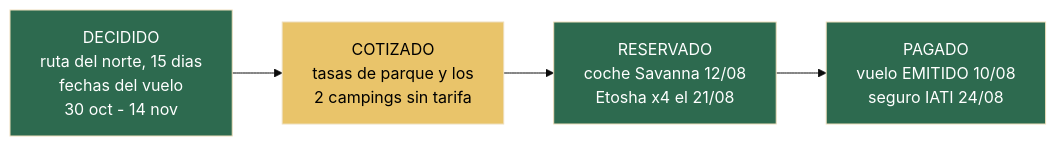
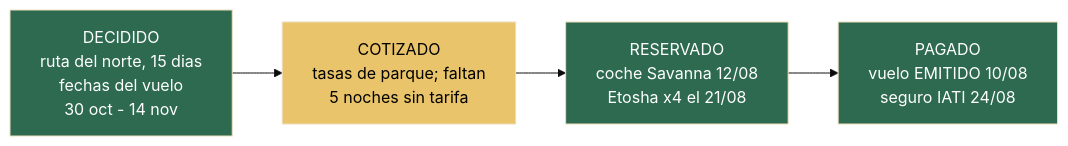
One commit to morandeirachema/namibia changed the first of 6 diagrams in README.md. Above: the diagram before and after it, drawn with Mermaid (base theme). The commit also changed other lines of this file and 17 other files, not shown here.

````diff
--- a/README.md
+++ b/README.md
@@ -35,10 +35,10 @@
 ```mermaid
 flowchart LR
-    D["DECIDIDO<br/>ruta del norte, 15 dias<br/>fechas del vuelo<br/>30 oct - 14 nov"] --> C["COTIZADO<br/>tasas de parque y los<br/>2 campings sin tarifa"]
+    D["DECIDIDO<br/>ruta del norte, 15 dias<br/>fechas del vuelo<br/>30 oct - 14 nov"] --> C["COTIZADO<br/>tasas de parque; faltan<br/>5 noches sin tarifa"]
     C --> R["RESERVADO<br/>coche Savanna 12/08<br/>Etosha x4 el 21/08"]
     R --> P["PAGADO<br/>vuelo EMITIDO 10/08<br/>seguro IATI 24/08"]
     style D fill:#2d6a4f,color:#fff
     style C fill:#e9c46a,color:#000
     style R fill:#2d6a4f,color:#fff
     style P fill:#2d6a4f,color:#fff
 ```
````
